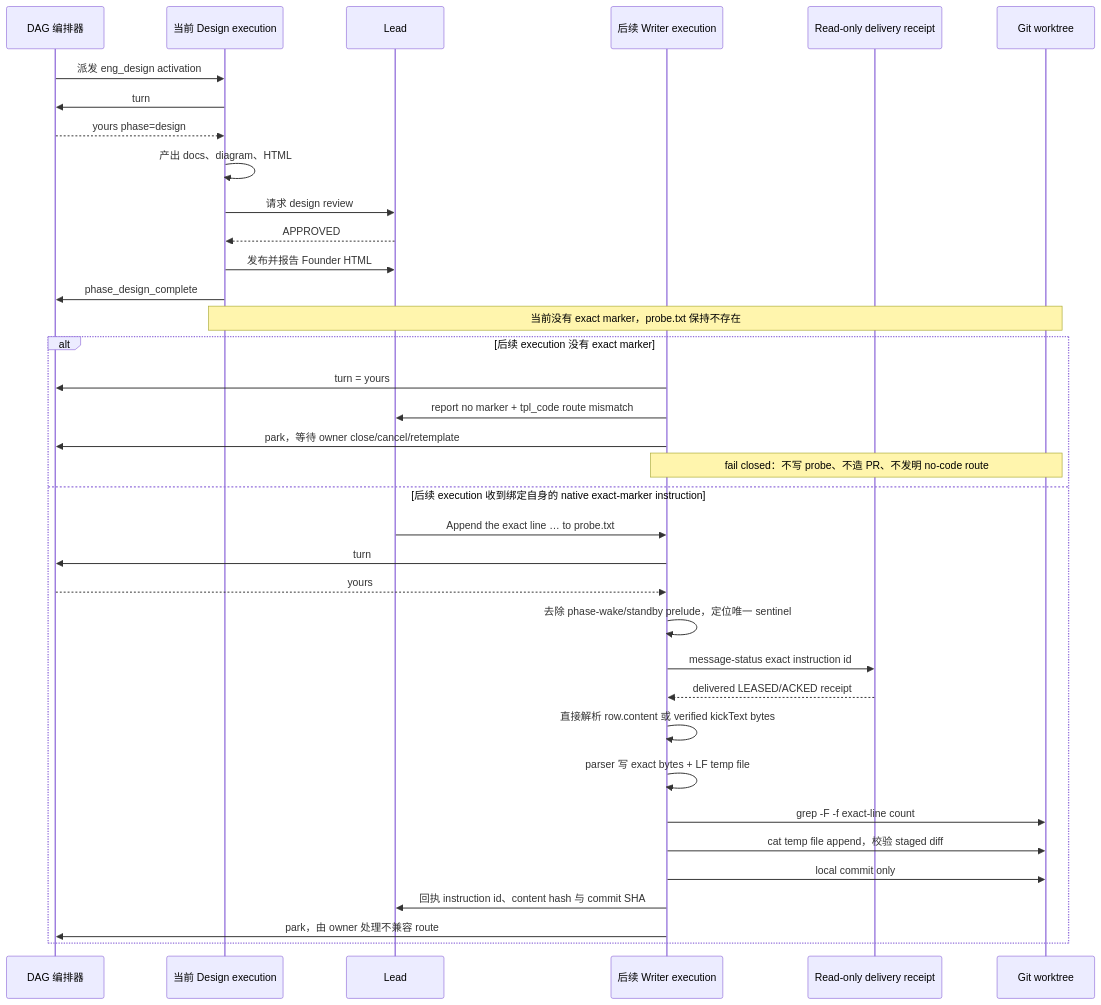
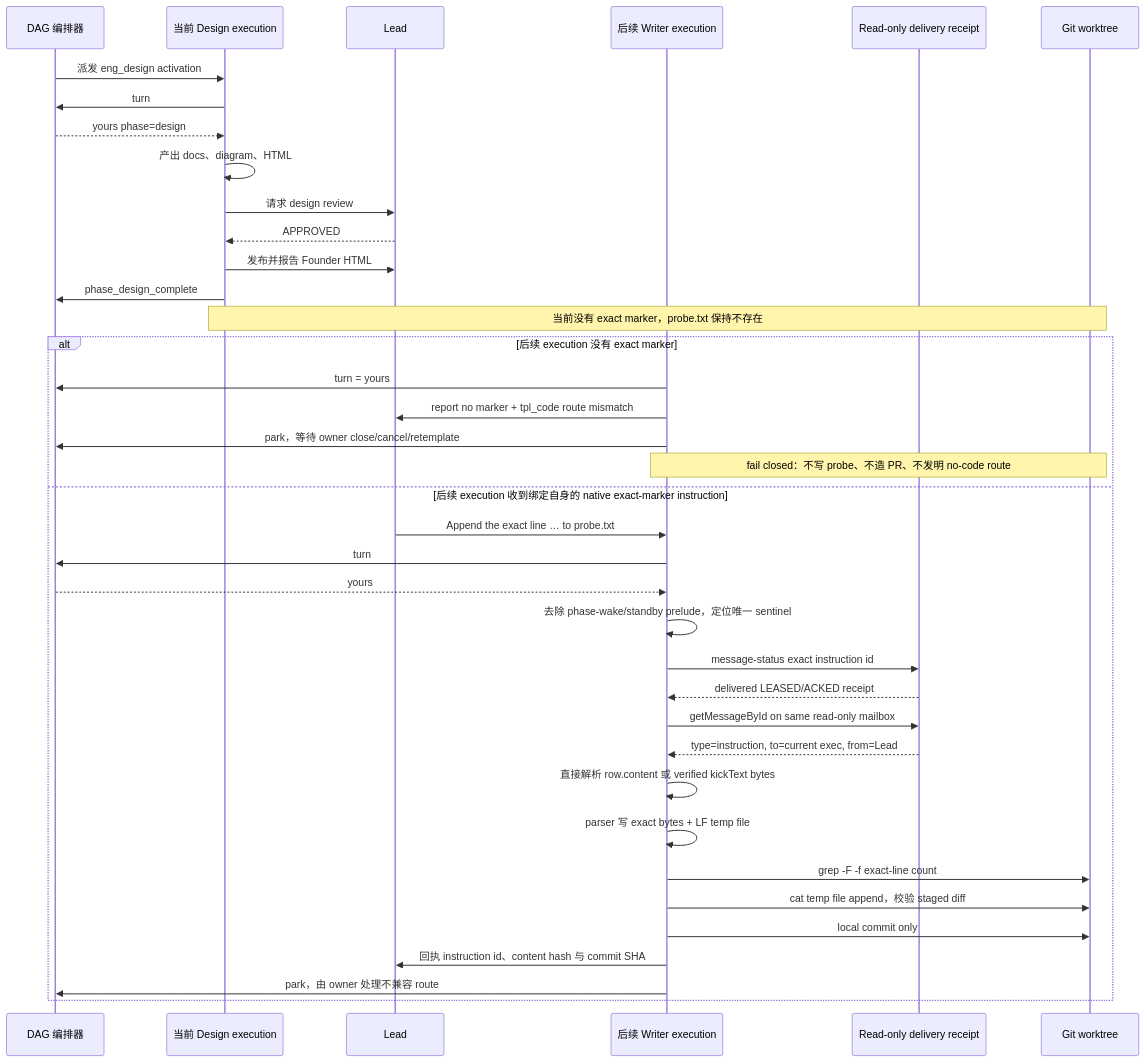
One commit to xrliAnnie/flywheel-qa-sandbox changed the diagram in engineering/doc/FLY-3125-native-transport-canary/core-flow.mmd. Above: the diagram before and after it, drawn with Mermaid. The commit also changed 6 other files, not shown here.

```diff
--- a/engineering/doc/FLY-3125-native-transport-canary/core-flow.mmd
+++ b/engineering/doc/FLY-3125-native-transport-canary/core-flow.mmd
@@ -1,38 +1,40 @@
 sequenceDiagram
     participant O as DAG 编排器
     participant D as 当前 Design execution
     participant L as Lead
     participant W as 后续 Writer execution
     participant E as Read-only delivery receipt
     participant G as Git worktree
 
     O->>D: 派发 eng_design activation
     D->>O: turn
     O-->>D: yours phase=design
     D->>D: 产出 docs、diagram、HTML
     D->>L: 请求 design review
     L-->>D: APPROVED
     D->>L: 发布并报告 Founder HTML
     D->>O: phase_design_complete
     Note over D,G: 当前没有 exact marker，probe.txt 保持不存在
 
     alt 后续 execution 没有 exact marker
         W->>O: turn = yours
         W->>L: report no marker + tpl_code route mismatch
         W->>O: park，等待 owner close/cancel/retemplate
         Note over W,G: fail closed：不写 probe、不造 PR、不发明 no-code route
     else 后续 execution 收到绑定自身的 native exact-marker instruction
         L->>W: Append the exact line … to probe.txt
         W->>O: turn
         O-->>W: yours
         W->>W: 去除 phase-wake/standby prelude，定位唯一 sentinel
         W->>E: message-status exact instruction id
         E-->>W: delivered LEASED/ACKED receipt
+        W->>E: getMessageById on same read-only mailbox
+        E-->>W: type=instruction, to=current exec, from=Lead
         W->>W: 直接解析 row.content 或 verified kickText bytes
         W->>W: parser 写 exact bytes + LF temp file
         W->>G: grep -F -f exact-line count
         W->>G: cat temp file append，校验 staged diff
         W->>G: local commit only
         W->>L: 回执 instruction id、content hash 与 commit SHA
         W->>O: park，由 owner 处理不兼容 route
     end
```
